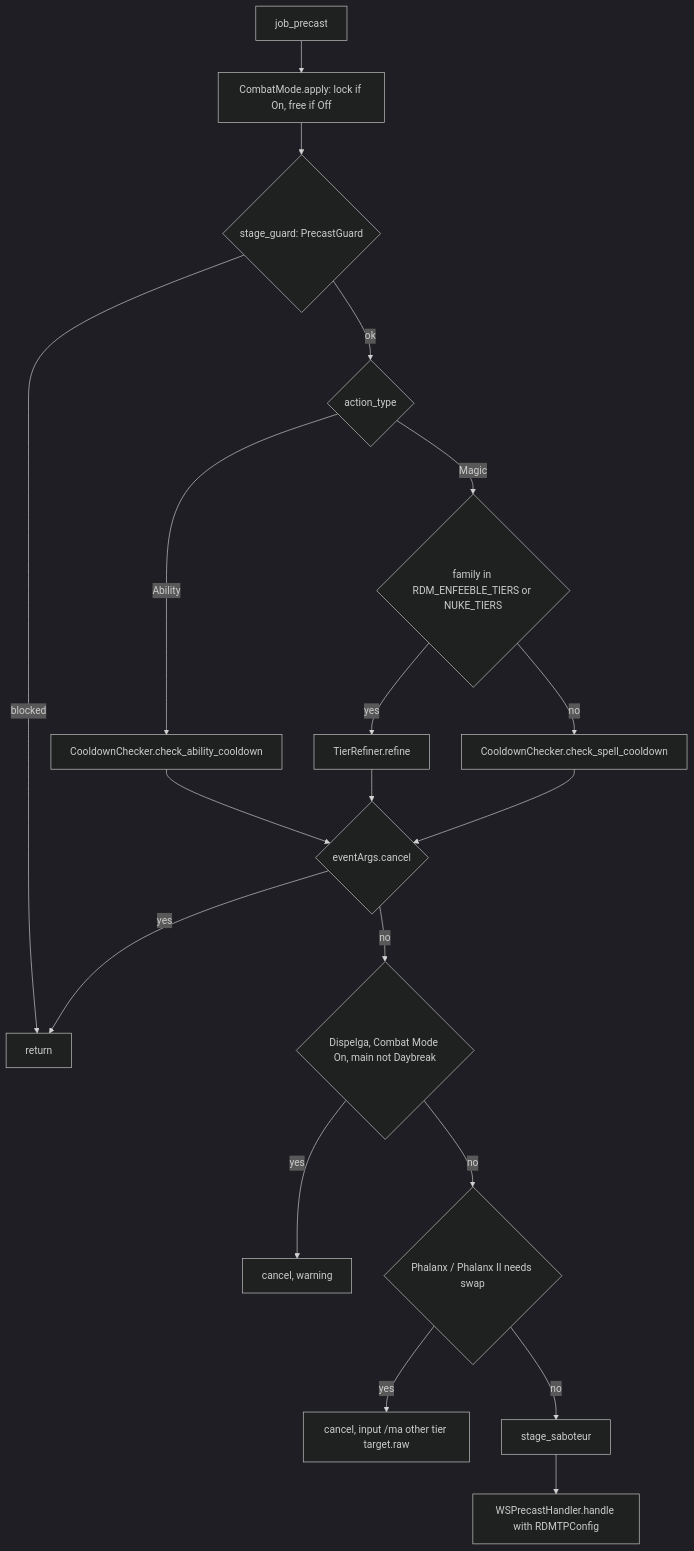
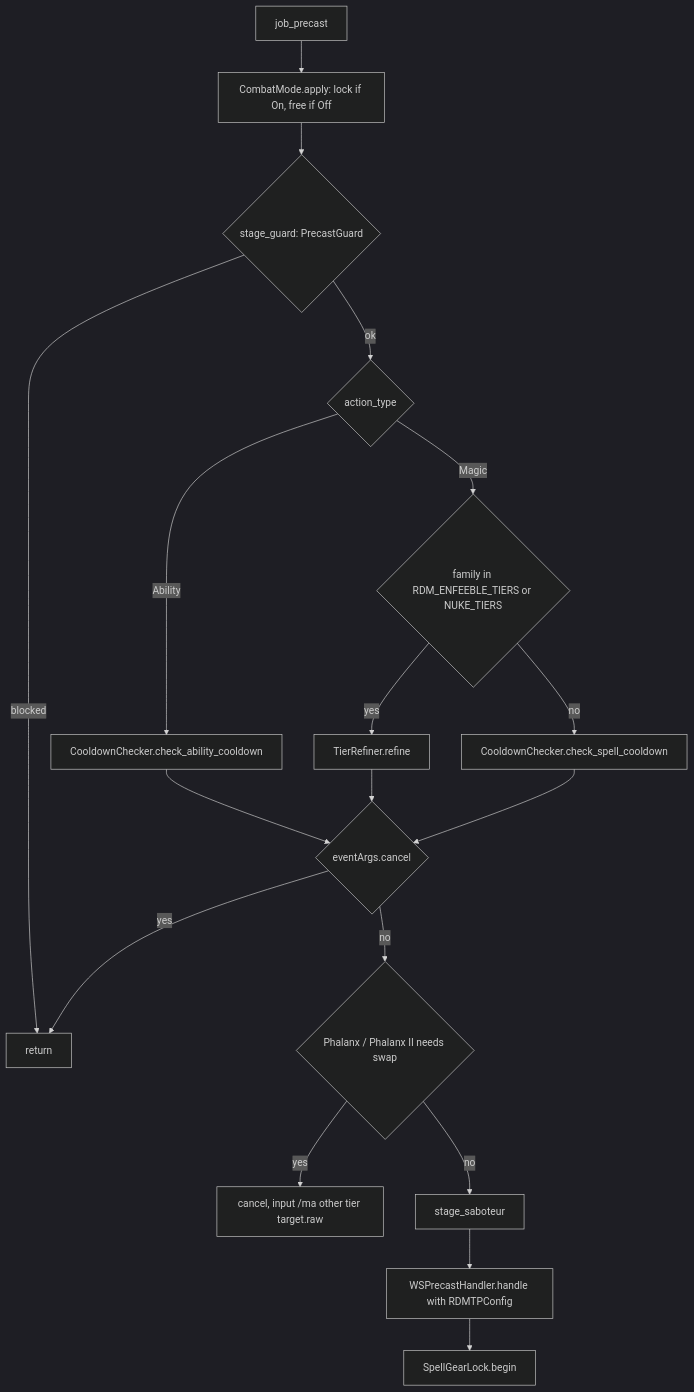
The second of 2 diagrams in docs/dev/jobs/rdm.md (ejouanchicot/Gearswap), drawn with Mermaid (dark theme) before and after one commit. The commit also changed other lines of this file and 6 other files, not shown here.

First line of the commit message:
feat(rdm): Dispelga wears Daybreak through Combat Mode, like BRD's instruments

````diff
--- a/docs/dev/jobs/rdm.md
+++ b/docs/dev/jobs/rdm.md
@@ -147,21 +147,20 @@
 ```mermaid
 flowchart TD
     A[job_precast] --> D0[CombatMode.apply: lock if On, free if Off]
     D0 --> G{stage_guard: PrecastGuard}
     G -- blocked --> Z[return]
     G -- ok --> C{action_type}
     C -- Ability --> CA[CooldownChecker.check_ability_cooldown]
     C -- Magic --> T{family in RDM_ENFEEBLE_TIERS or NUKE_TIERS}
     T -- yes --> TR[TierRefiner.refine]
     T -- no --> CS[CooldownChecker.check_spell_cooldown]
     CA --> X{eventArgs.cancel}
     TR --> X
     CS --> X
     X -- yes --> Z
-    X -- no --> D{Dispelga, Combat Mode On, main not Daybreak}
-    D -- yes --> DZ[cancel, warning]
-    D -- no --> P{Phalanx / Phalanx II needs swap}
+    X -- no --> P{Phalanx / Phalanx II needs swap}
     P -- yes --> PS[cancel, input /ma other tier target.raw]
     P -- no --> S[stage_saboteur]
     S --> W[WSPrecastHandler.handle with RDMTPConfig]
+    W --> L[SpellGearLock.begin]
 ```
````
